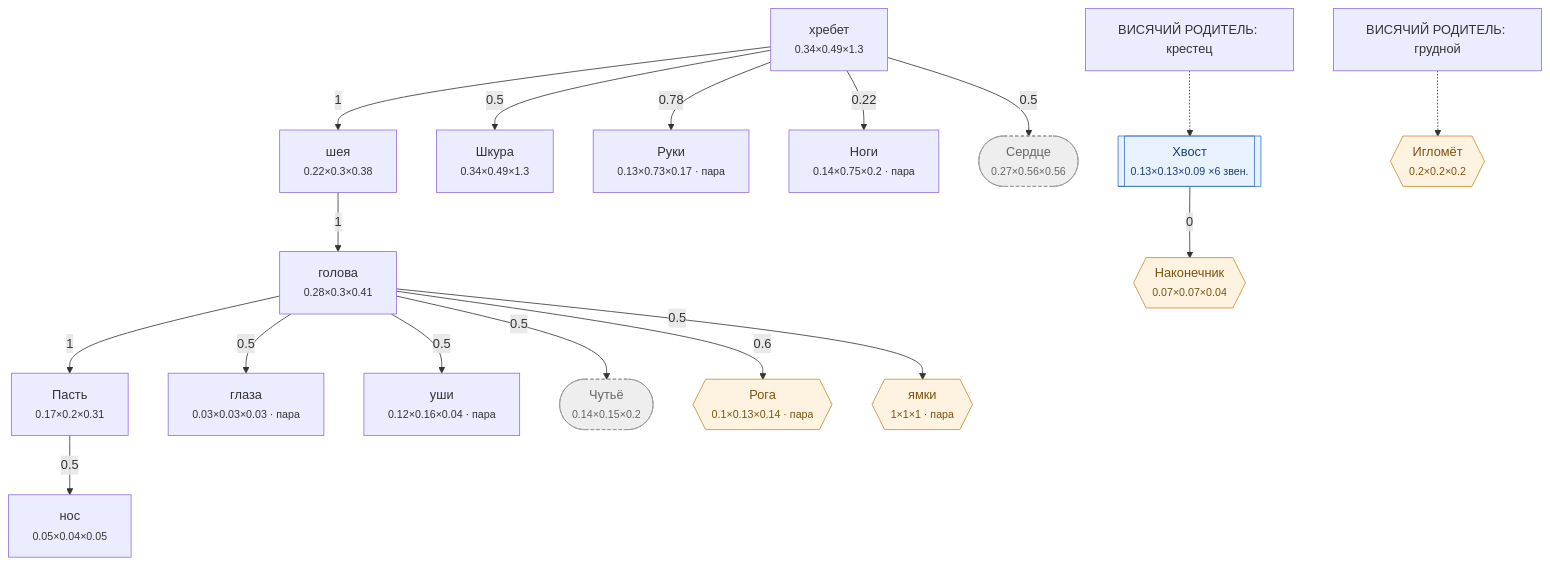
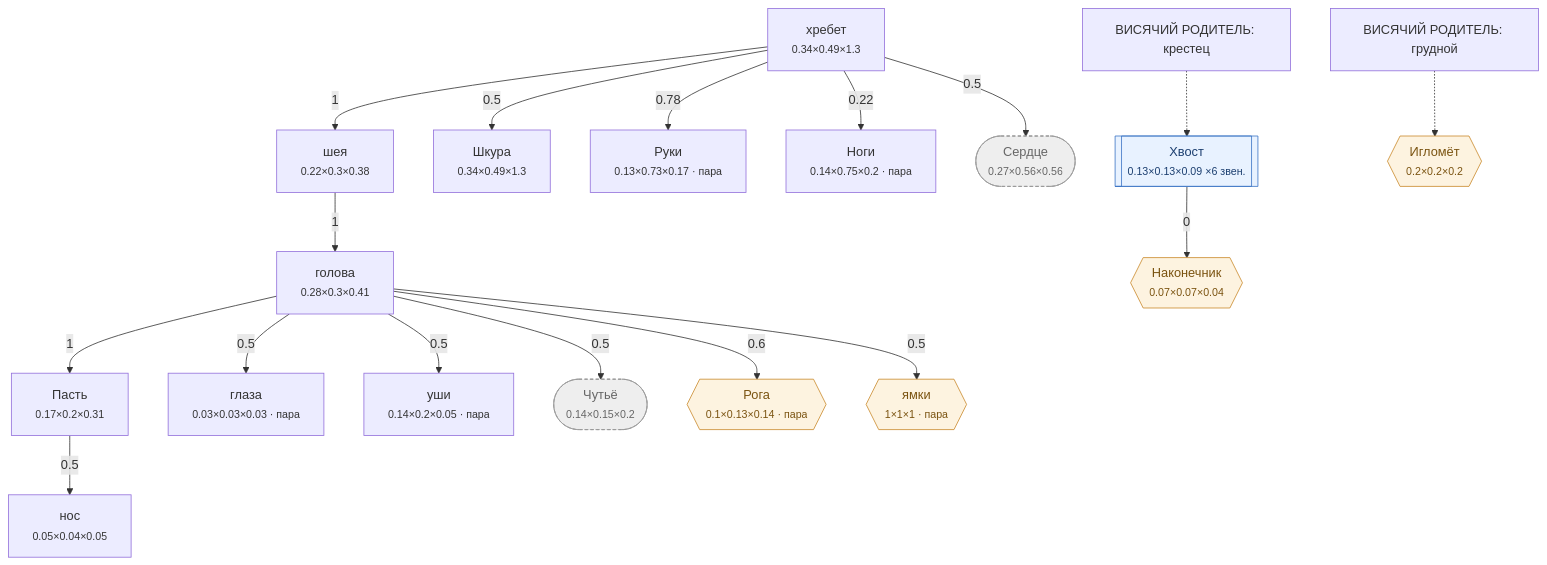
Before and after one commit to darklordshish/ChimeraEvolution-2026-06-26_15-29-59: the diagram in Docs/Диаграммы/Волк.md, drawn with Mermaid. The commit also changed other lines of this file and 10 other files, not shown here.

````diff
--- a/Docs/Диаграммы/Волк.md
+++ b/Docs/Диаграммы/Волк.md
@@ -61,44 +64,44 @@
 ```mermaid
 flowchart TD
     n0["хребет<br/><small>0.34×0.49×1.3</small>"]
     n1["нос<br/><small>0.05×0.04×0.05</small>"]
     n2["голова<br/><small>0.28×0.3×0.41</small>"]
     n3["Пасть<br/><small>0.17×0.2×0.31</small>"]
     n4["глаза<br/><small>0.03×0.03×0.03 · пара</small>"]
-    n5["уши<br/><small>0.12×0.16×0.04 · пара</small>"]
+    n5["уши<br/><small>0.14×0.2×0.05 · пара</small>"]
     n6["шея<br/><small>0.22×0.3×0.38</small>"]
     n7["Шкура<br/><small>0.34×0.49×1.3</small>"]
     n8["Руки<br/><small>0.13×0.73×0.17 · пара</small>"]
     n9["Ноги<br/><small>0.14×0.75×0.2 · пара</small>"]
     n10[["Хвост<br/><small>0.13×0.13×0.09 ×6 звен.</small>"]]
     n11(["Сердце<br/><small>0.27×0.56×0.56</small>"])
     n12(["Чутьё<br/><small>0.14×0.15×0.2</small>"])
     n13{{"Рога<br/><small>0.1×0.13×0.14 · пара</small>"}}
     n14{{"Наконечник<br/><small>0.07×0.07×0.04</small>"}}
     n15{{"Игломёт<br/><small>0.2×0.2×0.2</small>"}}
     n16{{"ямки<br/><small>1×1×1 · пара</small>"}}
 
     n3 -->|0.5| n1
     n6 -->|1| n2
     n2 -->|1| n3
     n2 -->|0.5| n4
     n2 -->|0.5| n5
     n0 -->|1| n6
     n0 -->|0.5| n7
     n0 -->|0.78| n8
     n0 -->|0.22| n9
     broken_n10["ВИСЯЧИЙ РОДИТЕЛЬ: крестец"] -.-> n10
     n0 -->|0.5| n11
     n2 -->|0.5| n12
     n2 -->|0.6| n13
     n10 -->|0| n14
     broken_n15["ВИСЯЧИЙ РОДИТЕЛЬ: грудной"] -.-> n15
     n2 -->|0.5| n16
 
     classDef hid fill:#eee,stroke:#999,stroke-dasharray:4 3,color:#666
     classDef gr fill:#fdf3e0,stroke:#c98a2b,color:#7a5310
     classDef ch fill:#e8f2ff,stroke:#3b74c4,color:#1c3f70
     class n11,n12 hid
     class n13,n14,n15,n16 gr
     class n10 ch
 ```
````
